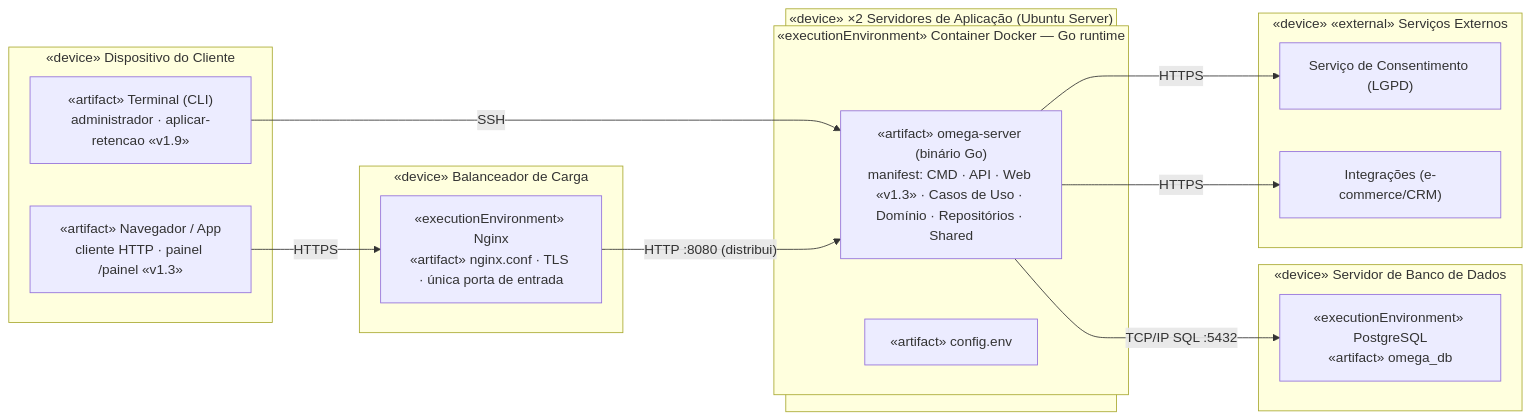
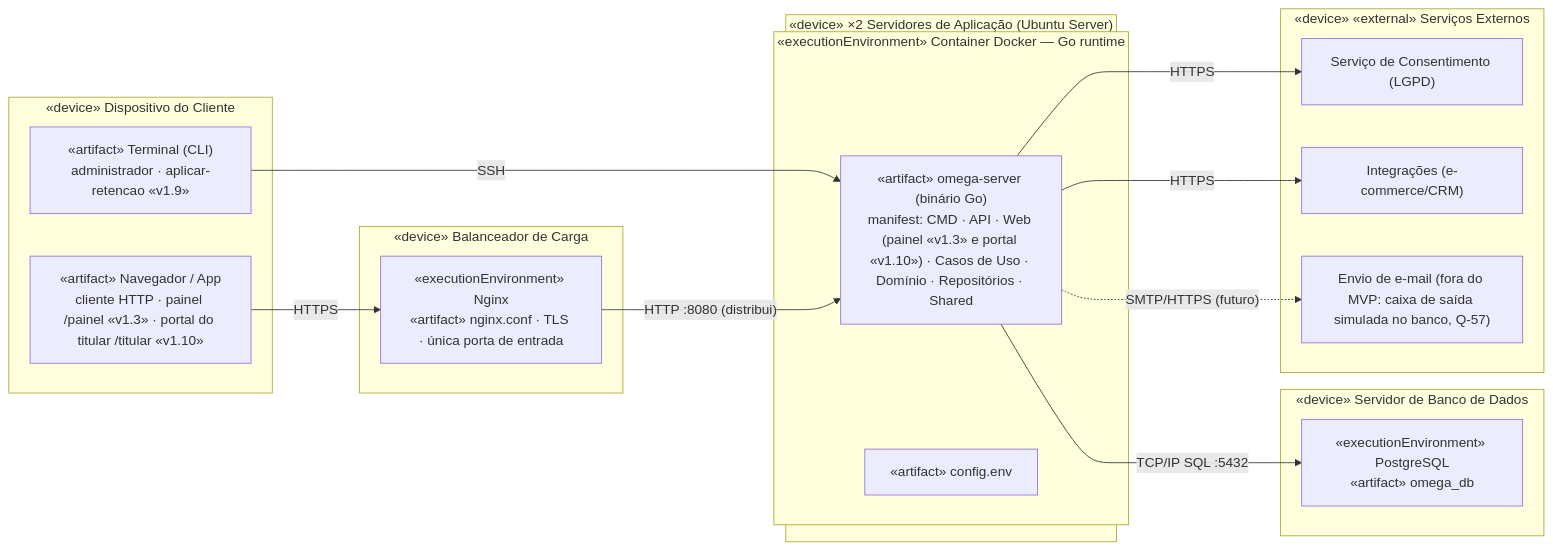
One commit to sthefanyblima/perfila changed the diagram in docs/uml/UML8_implantacao.md. Above: the diagram before and after it, drawn with Mermaid. The commit also changed other lines of this file and 10 other files, not shown here.

Commit message:
T-75: Spec v1.10 do portal do titular, UML1, UML2, UML7, UML8, textos e portal.feature (Q-55 a Q-60)

````diff
--- a/docs/uml/UML8_implantacao.md
+++ b/docs/uml/UML8_implantacao.md
@@ -10,30 +10,32 @@
 ```mermaid
 flowchart LR
   subgraph DEV["«device» Dispositivo do Cliente"]
-    NAV["«artifact» Navegador / App<br/>cliente HTTP · painel /painel «v1.3»"]
+    NAV["«artifact» Navegador / App<br/>cliente HTTP · painel /painel «v1.3» · portal do titular /titular «v1.10»"]
     CLI["«artifact» Terminal (CLI)<br/>administrador · aplicar-retencao «v1.9»"]
   end
   subgraph LB["«device» Balanceador de Carga"]
     NGX["«executionEnvironment» Nginx<br/>«artifact» nginx.conf · TLS · única porta de entrada"]
   end
   subgraph APPS["«device» ×2 Servidores de Aplicação (Ubuntu Server)"]
     subgraph DOCKER["«executionEnvironment» Container Docker — Go runtime"]
-      BIN["«artifact» omega-server (binário Go)<br/>manifest: CMD · API · Web «v1.3» · Casos de Uso · Domínio · Repositórios · Shared"]
+      BIN["«artifact» omega-server (binário Go)<br/>manifest: CMD · API · Web (painel «v1.3» e portal «v1.10») · Casos de Uso · Domínio · Repositórios · Shared"]
       ENV["«artifact» config.env"]
     end
   end
   subgraph DB["«device» Servidor de Banco de Dados"]
     PG["«executionEnvironment» PostgreSQL<br/>«artifact» omega_db"]
   end
   subgraph EXTN["«device» «external» Serviços Externos"]
     CONS["Serviço de Consentimento (LGPD)"]
     INT["Integrações (e-commerce/CRM)"]
+    MAIL["Envio de e-mail (fora do MVP: caixa de saída simulada no banco, Q-57)"]
   end
 
   NAV -- HTTPS --> NGX
   CLI -- SSH --> BIN
   NGX -- "HTTP :8080 (distribui)" --> BIN
   BIN -- "TCP/IP SQL :5432" --> PG
   BIN -- HTTPS --> CONS
   BIN -- HTTPS --> INT
+  BIN -. "SMTP/HTTPS (futuro)" .-> MAIL
 ```
````
